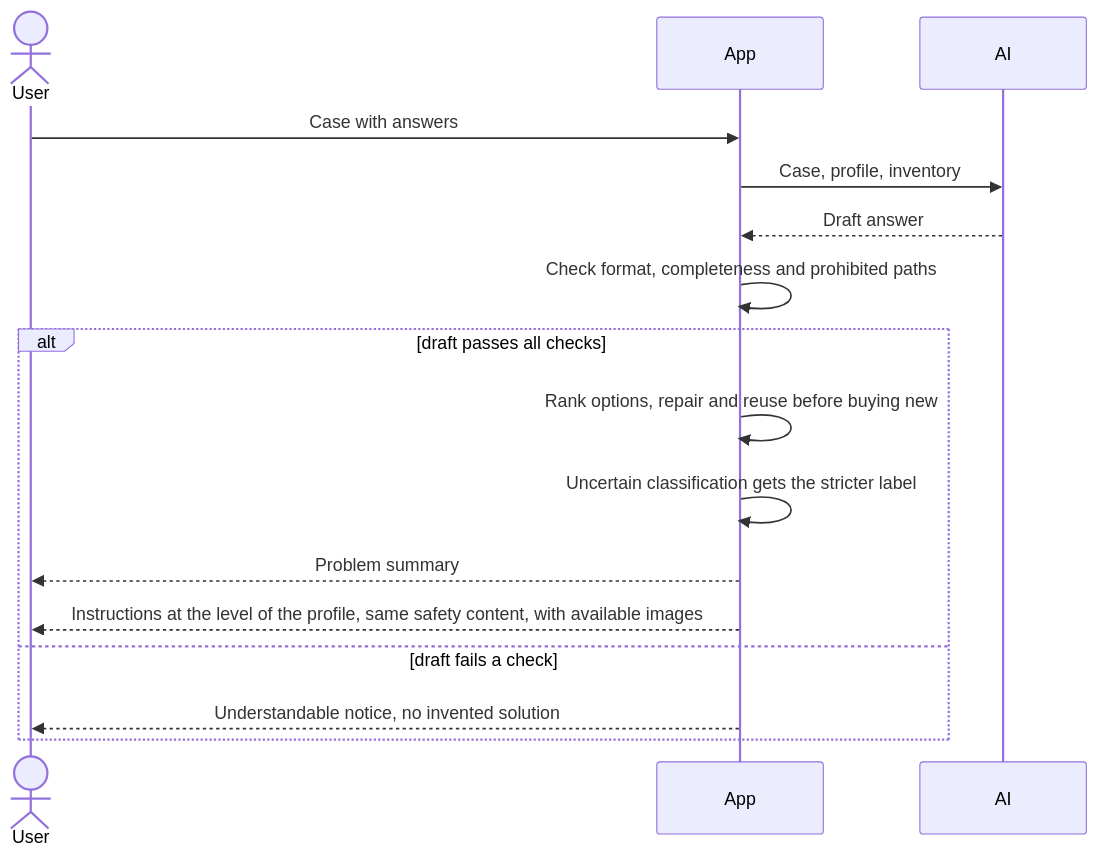
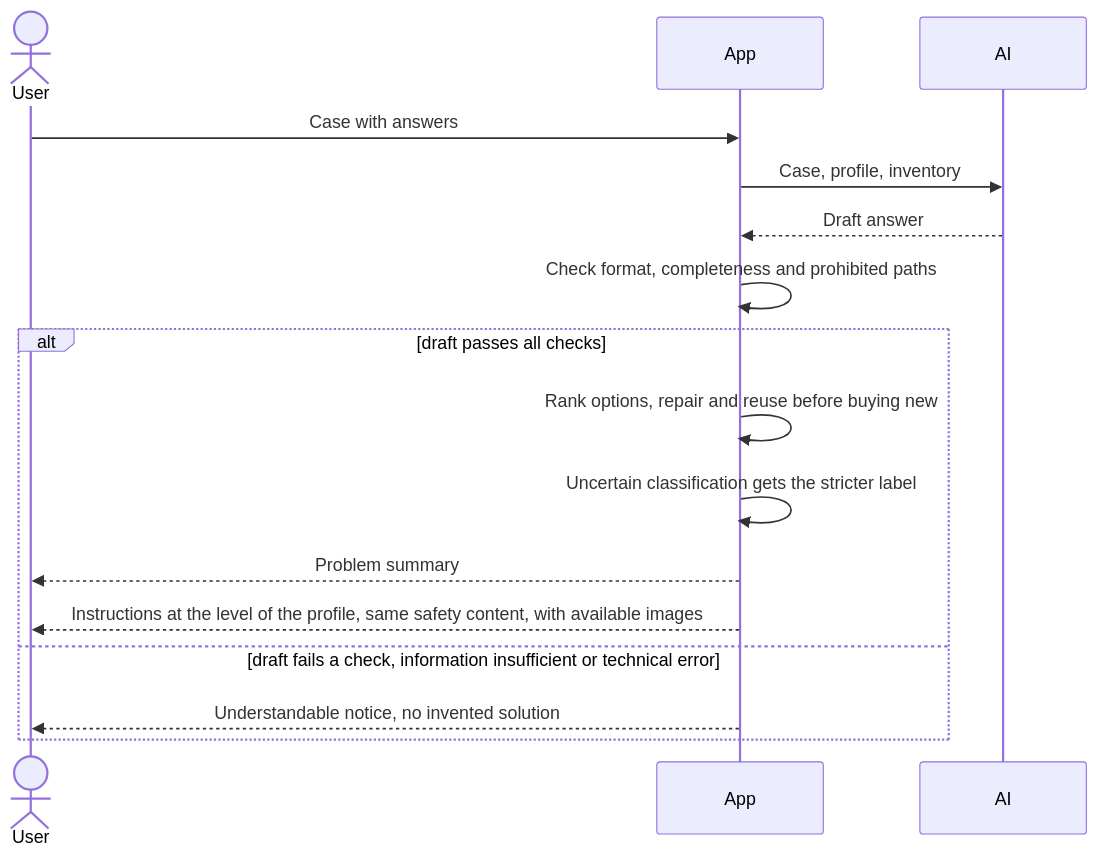
The diagram in docs/use-cases/UC-003-receive-instructions.md (mrh421/Applied_AI_DAIY), drawn with Mermaid before and after one commit. The commit also changed other lines of this file and 6 other files, not shown here.

````diff
--- a/docs/use-cases/UC-003-receive-instructions.md
+++ b/docs/use-cases/UC-003-receive-instructions.md
@@ -73,18 +76,18 @@
 ```mermaid
 sequenceDiagram
     actor User
     participant App
     participant AI
     User->>App: Case with answers
     App->>AI: Case, profile, inventory
     AI-->>App: Draft answer
     App->>App: Check format, completeness and prohibited paths
     alt draft passes all checks
         App->>App: Rank options, repair and reuse before buying new
         App->>App: Uncertain classification gets the stricter label
         App-->>User: Problem summary
         App-->>User: Instructions at the level of the profile, same safety content, with available images
-    else draft fails a check
+    else draft fails a check, information insufficient or technical error
         App-->>User: Understandable notice, no invented solution
     end
 ```
````
